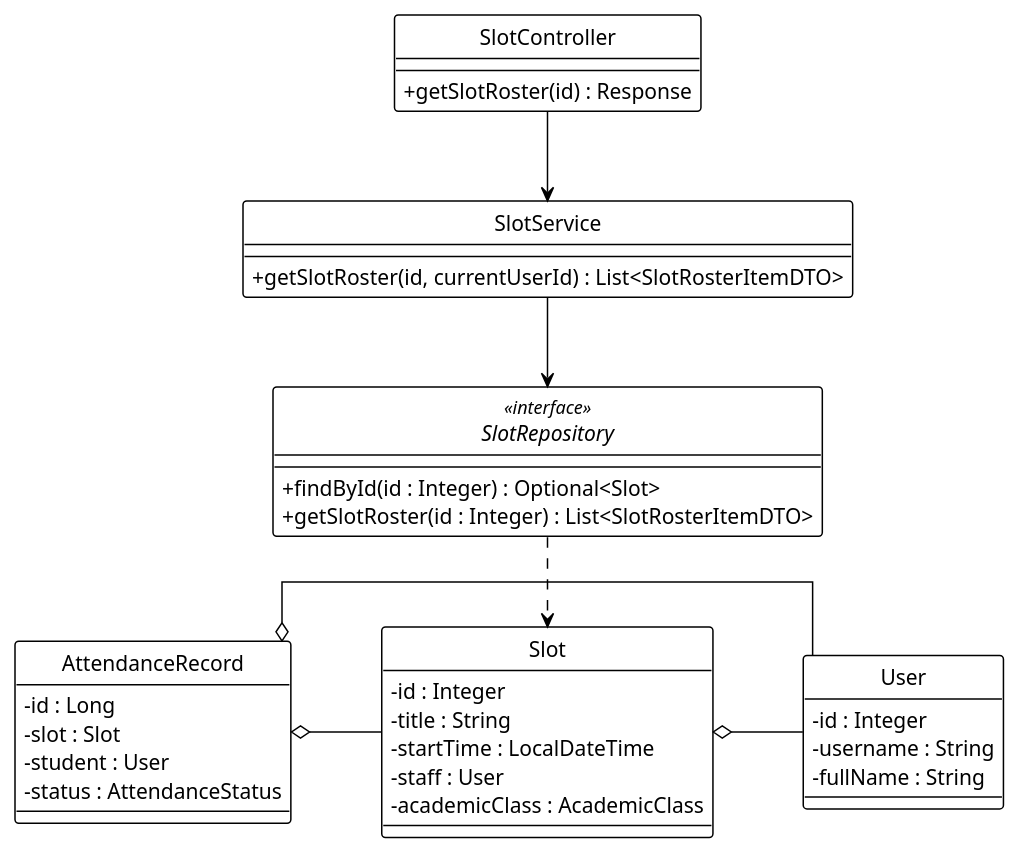
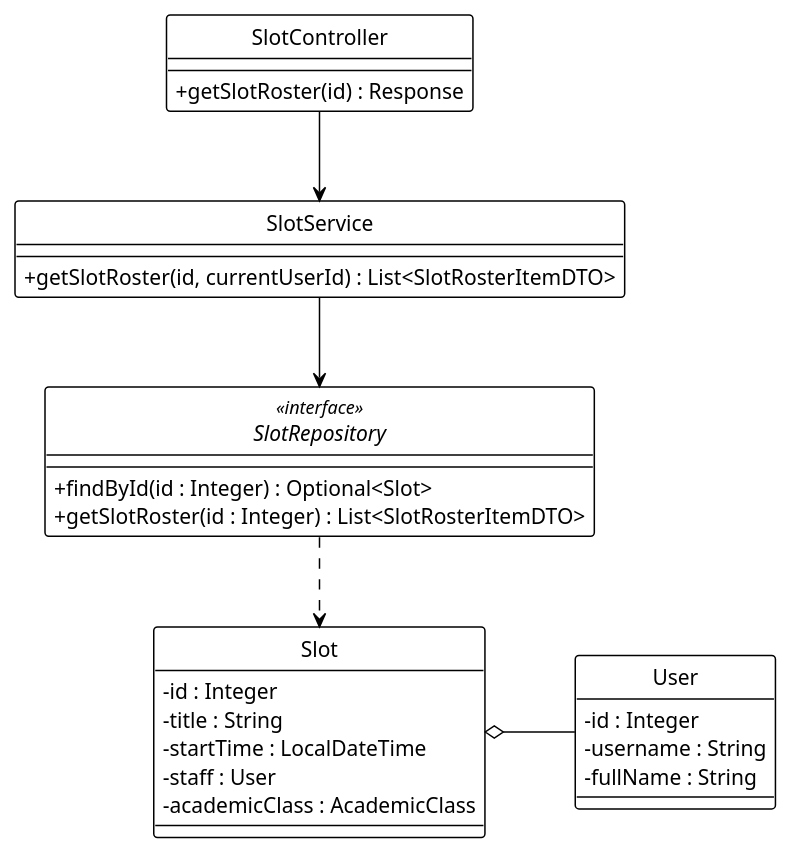
The diagram in system_detailed_design/67_view_slot_roster/class_diagram_view_slot_roster.puml (Ndh474/context), drawn with PlantUML before and after one commit. The commit also changed 12 other files, not shown here.

```diff
--- a/system_detailed_design/67_view_slot_roster/class_diagram_view_slot_roster.puml
+++ b/system_detailed_design/67_view_slot_roster/class_diagram_view_slot_roster.puml
@@ -1,61 +1,52 @@
 @startuml view_slot_roster
 !theme plain
 hide circle
 skinparam classAttributeIconSize 0
 
 ' --- CẤU HÌNH "ORTHO" (BẮT BUỘC) ---
 skinparam linetype ortho
 skinparam nodesep 60
 skinparam ranksep 60
 
 ' --- CONTROLLER ---
 class SlotController {
   + getSlotRoster(id) : Response
 }
 
 ' --- SERVICE ---
 class SlotService {
   + getSlotRoster(id, currentUserId) : List<SlotRosterItemDTO>
 }
 
 ' --- REPOSITORY ---
 interface SlotRepository <<interface>> {
   + findById(id : Integer) : Optional<Slot>
   + getSlotRoster(id : Integer) : List<SlotRosterItemDTO>
 }
 
 ' --- ENTITIES ---
 class Slot {
   - id : Integer
   - title : String
   - startTime : LocalDateTime
   - staff : User
   - academicClass : AcademicClass
 }
 
 class User {
   - id : Integer
   - username : String
   - fullName : String
 }
 
-class AttendanceRecord {
-  - id : Long
-  - slot : Slot
-  - student : User
-  - status : AttendanceStatus
-}
-
 ' --- DEPENDENCY INJECTION (Association) ---
 SlotController -down-> SlotService
 SlotService -down-> SlotRepository
 
 ' --- REPOSITORY USAGE (Dependency) ---
 SlotRepository .down.> Slot
 
 ' --- ENTITY RELATIONSHIPS (Aggregation) ---
 Slot o-right- User
-AttendanceRecord o-right- Slot
-AttendanceRecord o-right- User
 
 @enduml
```
